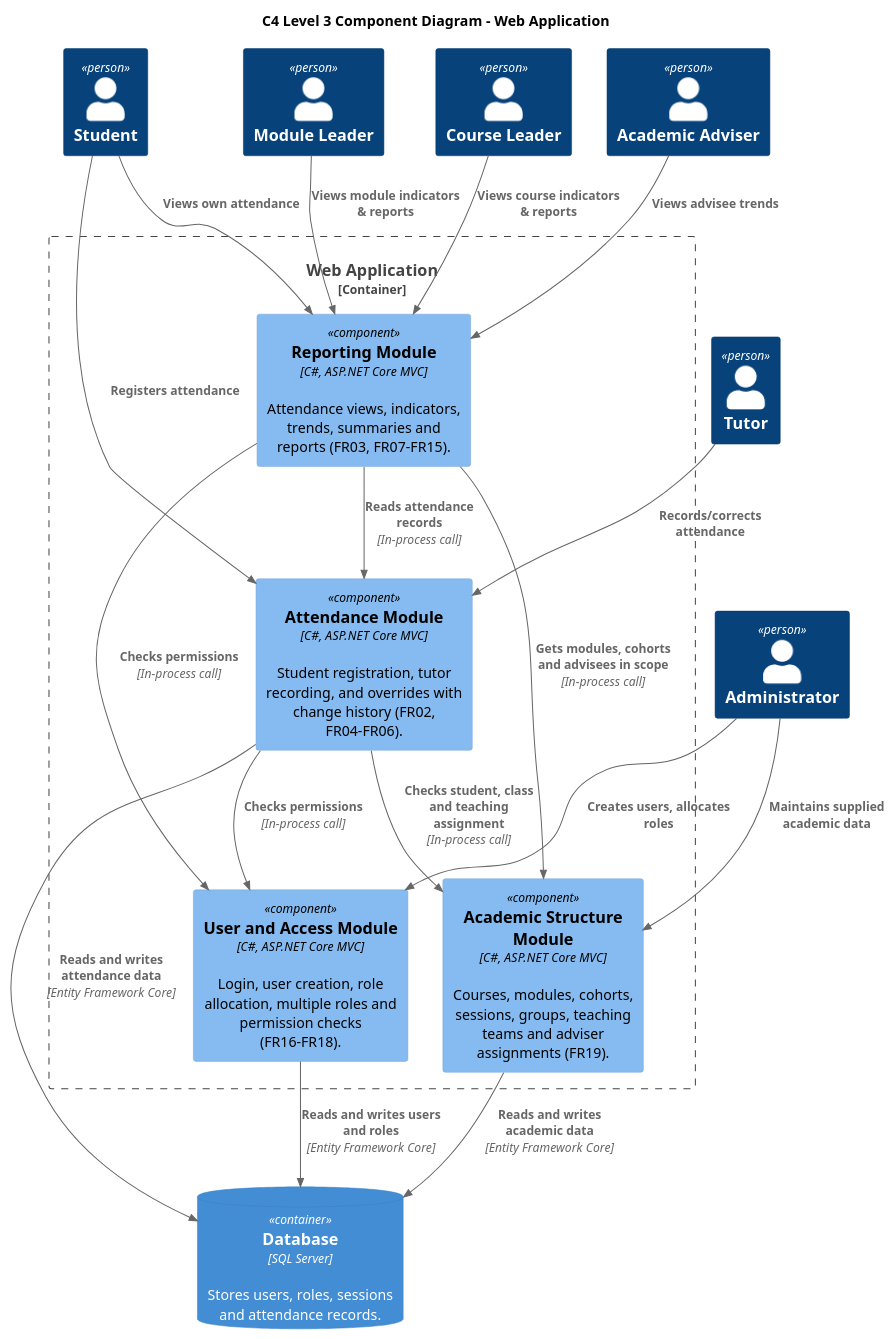
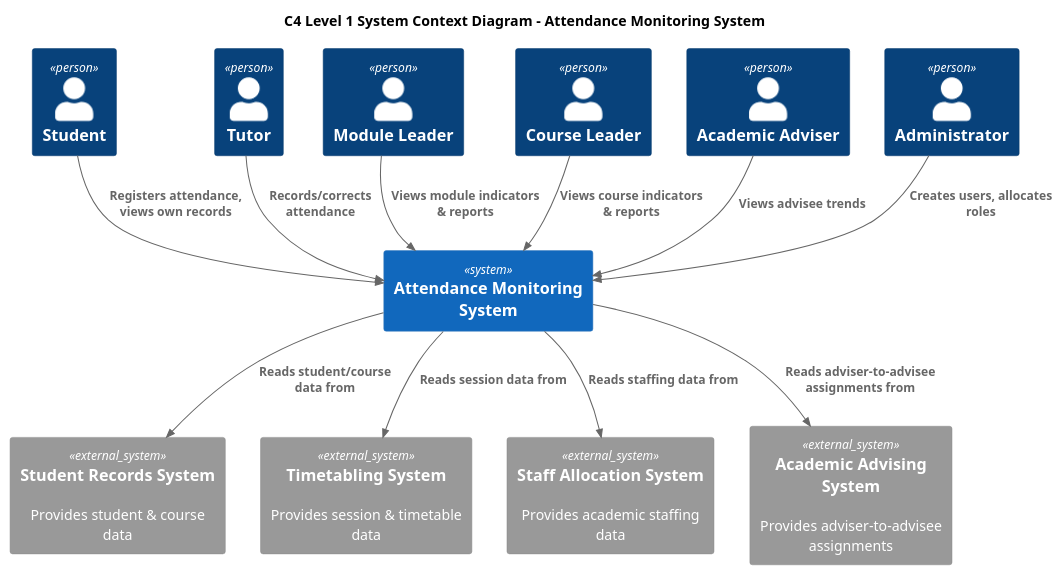
One commit to Shelly855/attendance-monitoring-copy changed the diagram in diagrams/c4-level1-diagram.puml. Above: the diagram before and after it, drawn with PlantUML. The commit also changed 6 other files, not shown here.

Commit message:
c4 diagrams

```diff
--- a/diagrams/c4-level1-diagram.puml
+++ b/diagrams/c4-level1-diagram.puml
@@ -1,39 +1,31 @@
-@startuml AttendanceMonitoringSystemC4L1
-title C4 Level 3 Component Diagram – Web Application
-!include https://raw.githubusercontent.com/plantuml-stdlib/C4-PlantUML/master/C4_Component.puml
+@startuml AttendanceMonitoringSystem
+!include <C4/C4_Context>
+title C4 Level 1 System Context Diagram – Attendance Monitoring System
+!include https://raw.githubusercontent.com/plantuml-stdlib/C4-PlantUML/master/C4_Context.puml
 
 Person(student, "Student")
 Person(tutor, "Tutor")
 Person(moduleLeader, "Module Leader")
 Person(courseLeader, "Course Leader")
 Person(adviser, "Academic Adviser")
 Person(admin, "Administrator")
 
-Container_Boundary(web, "Web Application") {
-    Component(attendance, "Attendance Module", "C#, ASP.NET Core MVC", "Student registration, tutor recording, and overrides with change history (FR02, FR04-FR06).")
-    Component(reporting, "Reporting Module", "C#, ASP.NET Core MVC", "Attendance views, indicators, trends, summaries and reports (FR03, FR07-FR15).")
-    Component(access, "User and Access Module", "C#, ASP.NET Core MVC", "Login, user creation, role allocation, multiple roles and permission checks (FR16-FR18).")
-    Component(academic, "Academic Structure Module", "C#, ASP.NET Core MVC", "Courses, modules, cohorts, sessions, groups, teaching teams and adviser assignments (FR19).")
-}
+System(ams, "Attendance Monitoring System")
 
-ContainerDb(db, "Database", "SQL Server", "Stores users, roles, sessions and attendance records.")
+System_Ext(studentRecords, "Student Records System", "Provides student & course data")
+System_Ext(timetabling, "Timetabling System", "Provides session & timetable data")
+System_Ext(staffAlloc, "Staff Allocation System", "Provides academic staffing data")
+System_Ext(advising, "Academic Advising System", "Provides adviser-to-advisee assignments")
 
-Rel(student, attendance, "Registers attendance")
-Rel(student, reporting, "Views own attendance")
-Rel(tutor, attendance, "Records/corrects attendance")
-Rel(moduleLeader, reporting, "Views module indicators & reports")
-Rel(courseLeader, reporting, "Views course indicators & reports")
-Rel(adviser, reporting, "Views advisee trends")
-Rel(admin, access, "Creates users, allocates roles")
-Rel(admin, academic, "Maintains supplied academic data")
+Rel(student, ams, "Registers attendance, views own records")
+Rel(tutor, ams, "Records/corrects attendance")
+Rel(moduleLeader, ams, "Views module indicators & reports")
+Rel(courseLeader, ams, "Views course indicators & reports")
+Rel(adviser, ams, "Views advisee trends")
+Rel(admin, ams, "Creates users, allocates roles")
 
-Rel(attendance, academic, "Checks student, class and teaching assignment", "In-process call")
-Rel(attendance, access, "Checks permissions", "In-process call")
-Rel(reporting, attendance, "Reads attendance records", "In-process call")
-Rel(reporting, academic, "Gets modules, cohorts and advisees in scope", "In-process call")
-Rel(reporting, access, "Checks permissions", "In-process call")
-
-Rel(attendance, db, "Reads and writes attendance data", "Entity Framework Core")
-Rel(access, db, "Reads and writes users and roles", "Entity Framework Core")
-Rel(academic, db, "Reads and writes academic data", "Entity Framework Core")
+Rel(ams, studentRecords, "Reads student/course data from")
+Rel(ams, timetabling, "Reads session data from")
+Rel(ams, staffAlloc, "Reads staffing data from")
+Rel(ams, advising, "Reads adviser-to-advisee assignments from")
 @enduml
```
